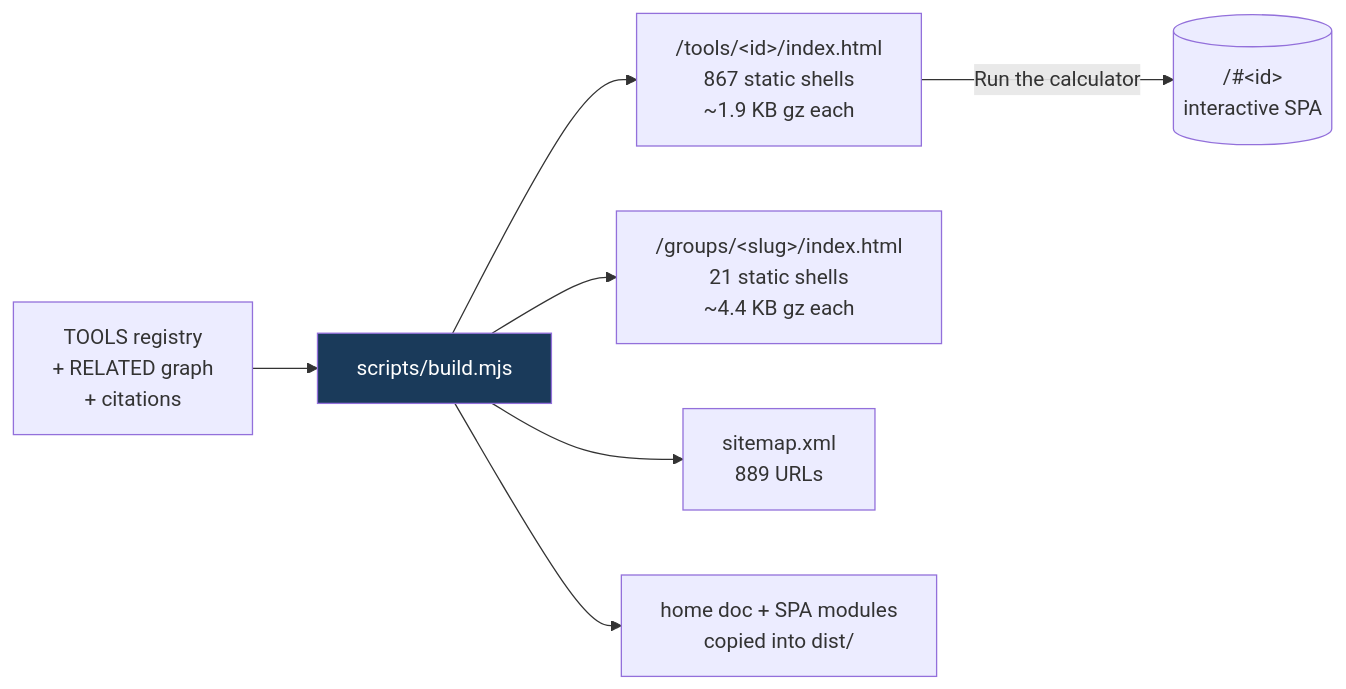
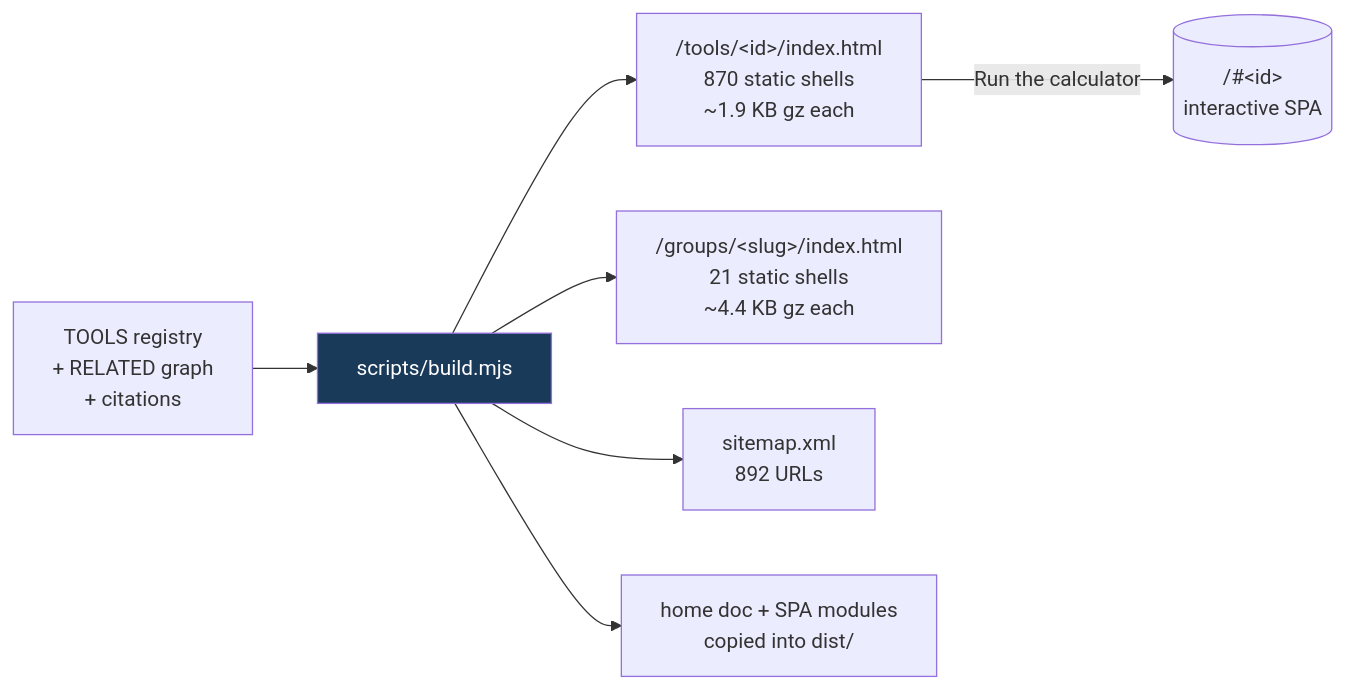
One commit to clay-good/roughlogic.com changed the fifth of 8 diagrams in README.md. Above: the diagram before and after it, drawn with Mermaid. The commit also changed other lines of this file and 20 other files, not shown here.

````diff
--- a/README.md
+++ b/README.md
@@ -495,10 +495,10 @@
 ```mermaid
 flowchart LR
     SRC[TOOLS registry\n+ RELATED graph\n+ citations] --> BUILD[scripts/build.mjs]
-    BUILD --> TILE["/tools/&lt;id&gt;/index.html\n867 static shells\n~1.9 KB gz each"]
+    BUILD --> TILE["/tools/&lt;id&gt;/index.html\n870 static shells\n~1.9 KB gz each"]
     BUILD --> GROUP["/groups/&lt;slug&gt;/index.html\n21 static shells\n~4.4 KB gz each"]
-    BUILD --> MAP["sitemap.xml\n889 URLs"]
+    BUILD --> MAP["sitemap.xml\n892 URLs"]
     BUILD --> COPY[home doc + SPA modules\ncopied into dist/]
     TILE -->|Run the calculator| SPA[("/#&lt;id&gt;\ninteractive SPA")]
     style BUILD fill:#1a3a5a,color:#fff
 ```
````
